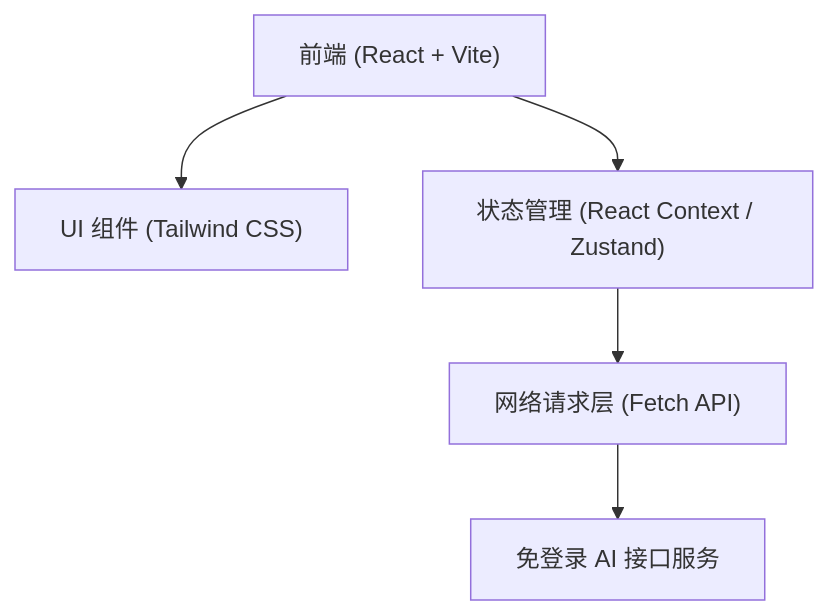
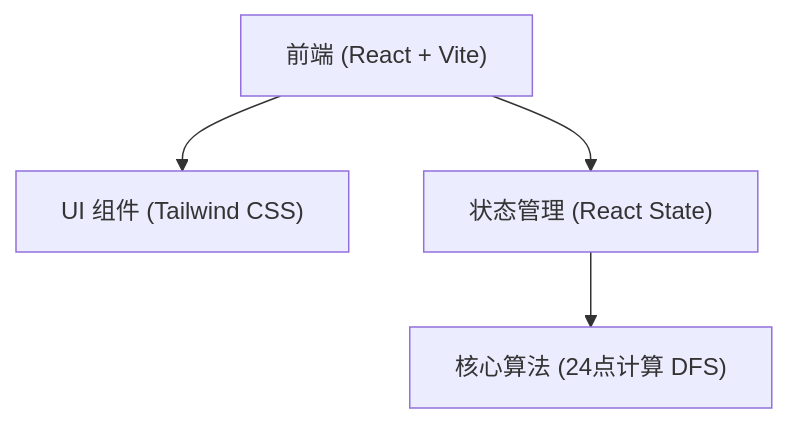
The diagram in .trae/documents/architecture.md (liuxinhaoboy/AI), drawn with Mermaid before and after one commit. The commit also changed other lines of this file and 22 other files, not shown here.

````diff
--- a/.trae/documents/architecture.md
+++ b/.trae/documents/architecture.md
@@ -3,7 +2,6 @@
 ```mermaid
 graph TD
     A["前端 (React + Vite)"] --> B["UI 组件 (Tailwind CSS)"]
-    A --> C["状态管理 (React Context / Zustand)"]
-    C --> D["网络请求层 (Fetch API)"]
-    D --> E["免登录 AI 接口服务"]
+    A --> C["状态管理 (React State)"]
+    C --> D["核心算法 (24点计算 DFS)"]
 ```
````
